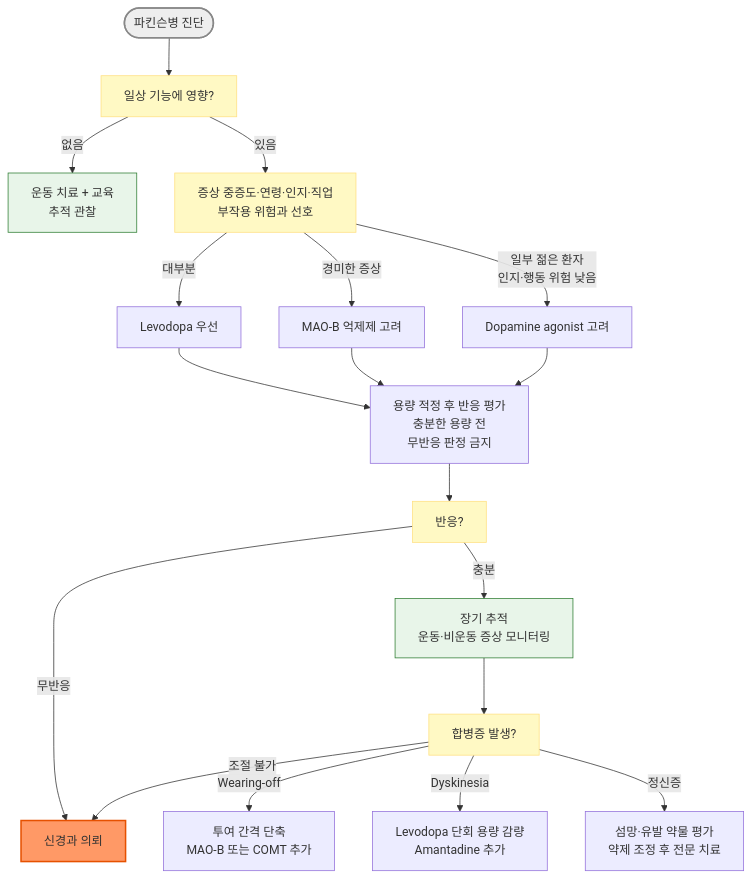
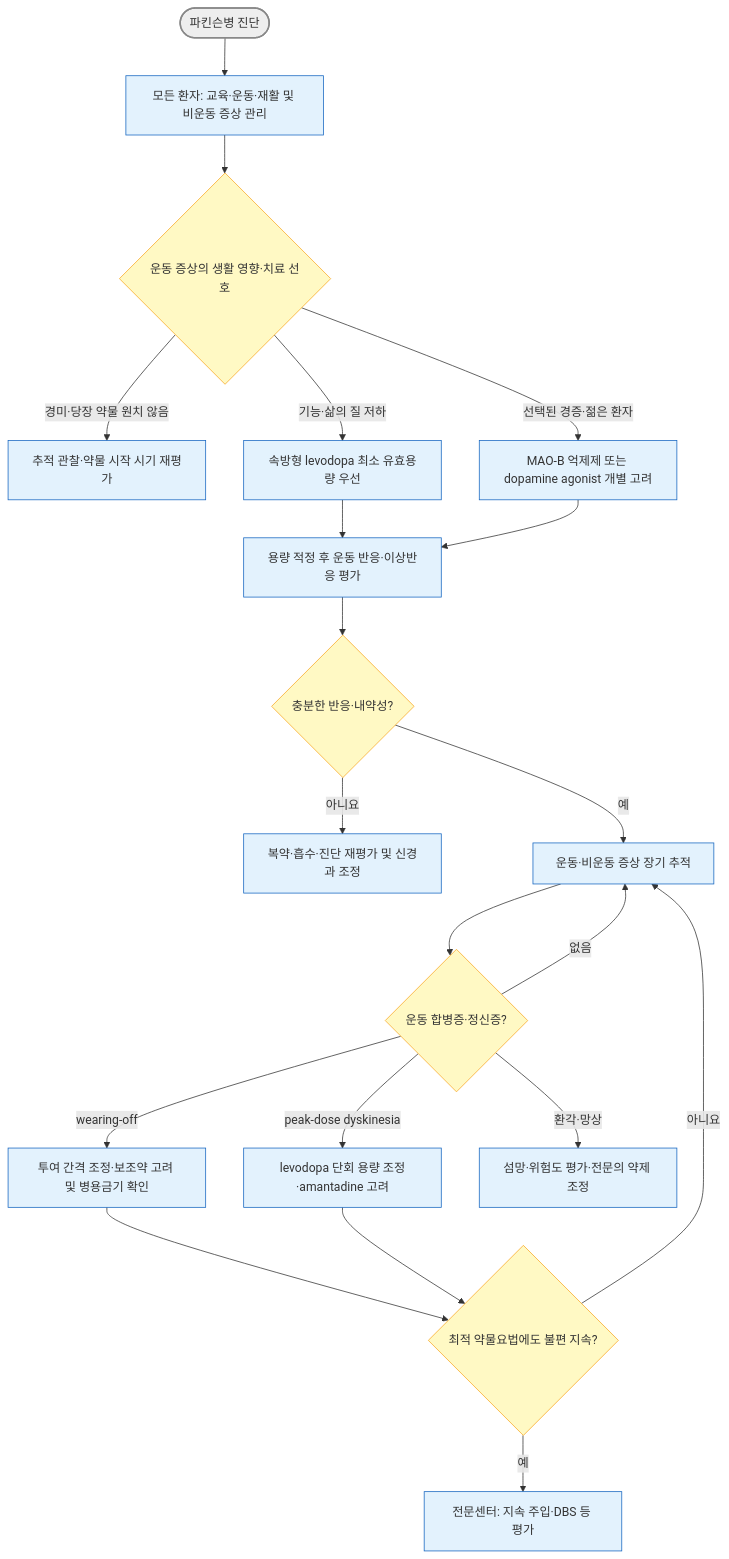
Before and after one commit to familyoh77/familyoh77: the second of 2 diagrams in 221_/035_-parkinsons-disease.md, drawn with Mermaid. The commit also changed other lines of this file and 2 other files, not shown here.

````diff
--- a/221_/035_-parkinsons-disease.md
+++ b/221_/035_-parkinsons-disease.md
@@ -269,28 +270,27 @@
 ```mermaid
-graph TD
-    A(["파킨슨병 진단"]) --> B["일상 기능에 영향?"]
-    B -->|없음| C["운동 치료 + 교육<br/>추적 관찰"]
-    B -->|있음| D["증상 중증도·연령·인지·직업<br/>부작용 위험과 선호"]
-    D -->|대부분| E["Levodopa 우선"]
-    D -->|"경미한 증상"| H["MAO-B 억제제 고려"]
-    D -->|"일부 젊은 환자<br/>인지·행동 위험 낮음"| I["Dopamine agonist 고려"]
-    E --> J["용량 적정 후 반응 평가<br/>충분한 용량 전 <br/>무반응 판정 금지"]
-    H --> J
-    I --> J
-    J --> K["반응?"]
-    K -->|무반응| L["신경과 의뢰"]
-    K -->|충분| M["장기 추적<br/>운동·비운동 증상 모니터링"]
-    M --> N["합병증 발생?"]
-    N -->|Wearing-off| O["투여 간격 단축<br/>MAO-B 또는 COMT 추가"]
-    N -->|Dyskinesia| P["Levodopa 단회 용량 감량<br/>Amantadine 추가"]
-    N -->|정신증| Q["섬망·유발 약물 평가<br/>약제 조정 후 전문 치료"]
-    N -->|"조절 불가"| L
-    style A fill:#eeeeee,stroke:#888888,stroke-width:2px
-classDef yellow fill:#fff9c4,stroke:#ffe082
-class B,D,K,N yellow
-    style L fill:#f96,stroke:#e65100,stroke-width:2px
-    style C fill:#e8f5e9,stroke:#2e7d32,stroke-width:1px
-    style M fill:#e8f5e9,stroke:#2e7d32,stroke-width:1px
-
-
+flowchart TD
+    A(["파킨슨병 진단"]) --> B["모든 환자: 교육·운동·재활 및 비운동 증상 관리"]
+    B --> C{"운동 증상의 생활 영향·치료 선호"}
+    C -- "경미·당장 약물 원치 않음" --> D["추적 관찰·약물 시작 시기 재평가"]
+    C -- "기능·삶의 질 저하" --> E["속방형 levodopa 최소 유효용량 우선"]
+    C -- "선택된 경증·젊은 환자" --> F["MAO-B 억제제 또는 dopamine agonist 개별 고려"]
+    E --> G["용량 적정 후 운동 반응·이상반응 평가"]
+    F --> G
+    G --> H{"충분한 반응·내약성?"}
+    H -- "아니요" --> I["복약·흡수·진단 재평가 및 신경과 조정"]
+    H -- "예" --> J["운동·비운동 증상 장기 추적"]
+    J --> K{"운동 합병증·정신증?"}
+    K -- "wearing-off" --> L["투여 간격 조정·보조약 고려 및 병용금기 확인"]
+    K -- "peak-dose dyskinesia" --> M["levodopa 단회 용량 조정·amantadine 고려"]
+    K -- "환각·망상" --> N["섬망·위험도 평가·전문의 약제 조정"]
+    K -- "없음" --> J
+    L --> O{"최적 약물요법에도 불편 지속?"}
+    M --> O
+    O -- "예" --> P["전문센터: 지속 주입·DBS 등 평가"]
+    O -- "아니요" --> J
+    style A fill:#eee,stroke:#888,stroke-width:2px
+    classDef decision fill:#fff9c4,stroke:#f9a825
+    classDef action fill:#e3f2fd,stroke:#1565c0
+    class C,H,K,O decision
+    class B,D,E,F,G,I,J,L,M,N,P action
 ```
````
